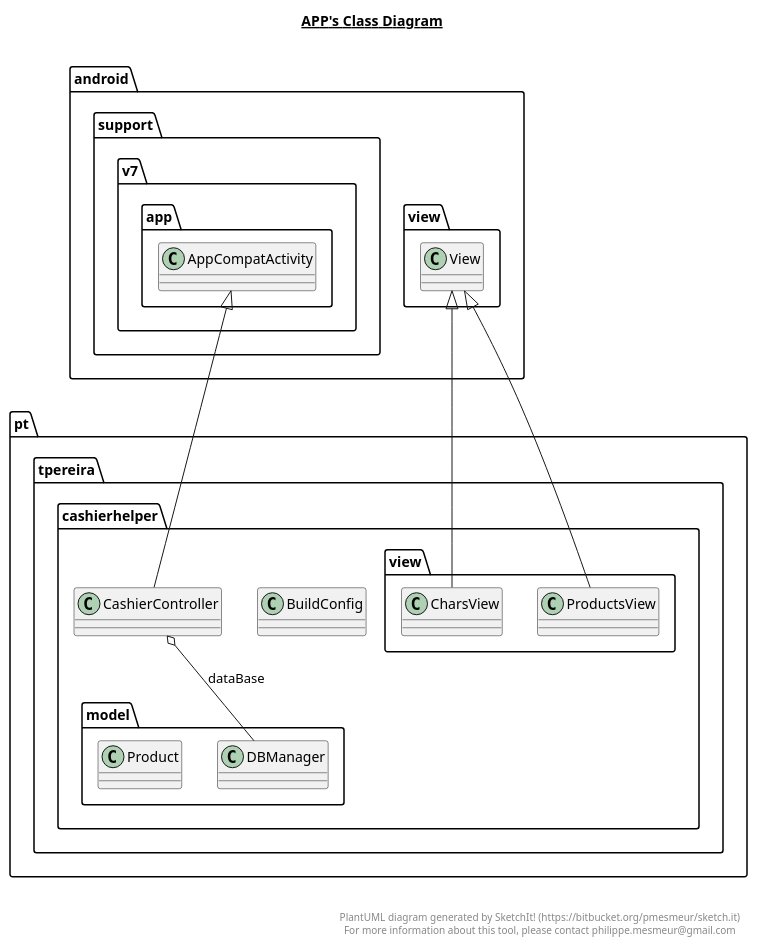
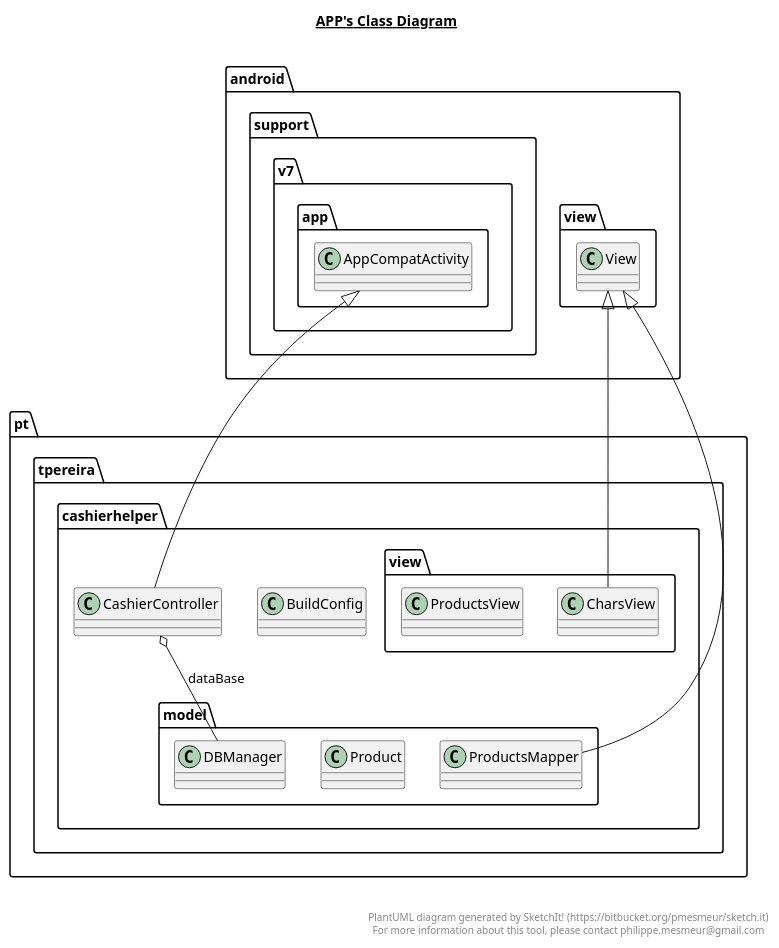
The diagram in app/app.plantuml (TiagoPereira06/CashierHelper), drawn with PlantUML before and after one commit. The commit also changed 11 other files, not shown here.

```diff
--- a/app/app.plantuml
+++ b/app/app.plantuml
@@ -1,62 +1,62 @@
 @startuml
 
 title __APP's Class Diagram__\n
 
   namespace pt.tpereira.cashierhelper {
     class BuildConfig {
     }
   }
   
 
   namespace pt.tpereira.cashierhelper {
     class CashierController {
     }
   }
   
 
   namespace pt.tpereira.cashierhelper {
     namespace view {
       class CharsView {
       }
     }
   }
   
 
   namespace pt.tpereira.cashierhelper {
     namespace model {
       class DBManager {
       }
     }
   }
   
 
   namespace pt.tpereira.cashierhelper {
     namespace model {
       class Product {
       }
     }
   }
   
 
   namespace pt.tpereira.cashierhelper {
     namespace view {
       class ProductsView {
       }
     }
   }
   
 
   pt.tpereira.cashierhelper.CashierController -up-|> android.support.v7.app.AppCompatActivity
   pt.tpereira.cashierhelper.CashierController o-- pt.tpereira.cashierhelper.model.DBManager : dataBase
   pt.tpereira.cashierhelper.view.CharsView -up-|> android.view.View
-  pt.tpereira.cashierhelper.view.ProductsView -up-|> android.view.View
+  pt.tpereira.cashierhelper.model.ProductsMapper -up-|> android.view.View
 
 
 right footer
 
 
 PlantUML diagram generated by SketchIt! (https://bitbucket.org/pmesmeur/sketch.it)
 For more information about this tool, please contact philippe.mesmeur@gmail.com
 endfooter
 
 @enduml
```
